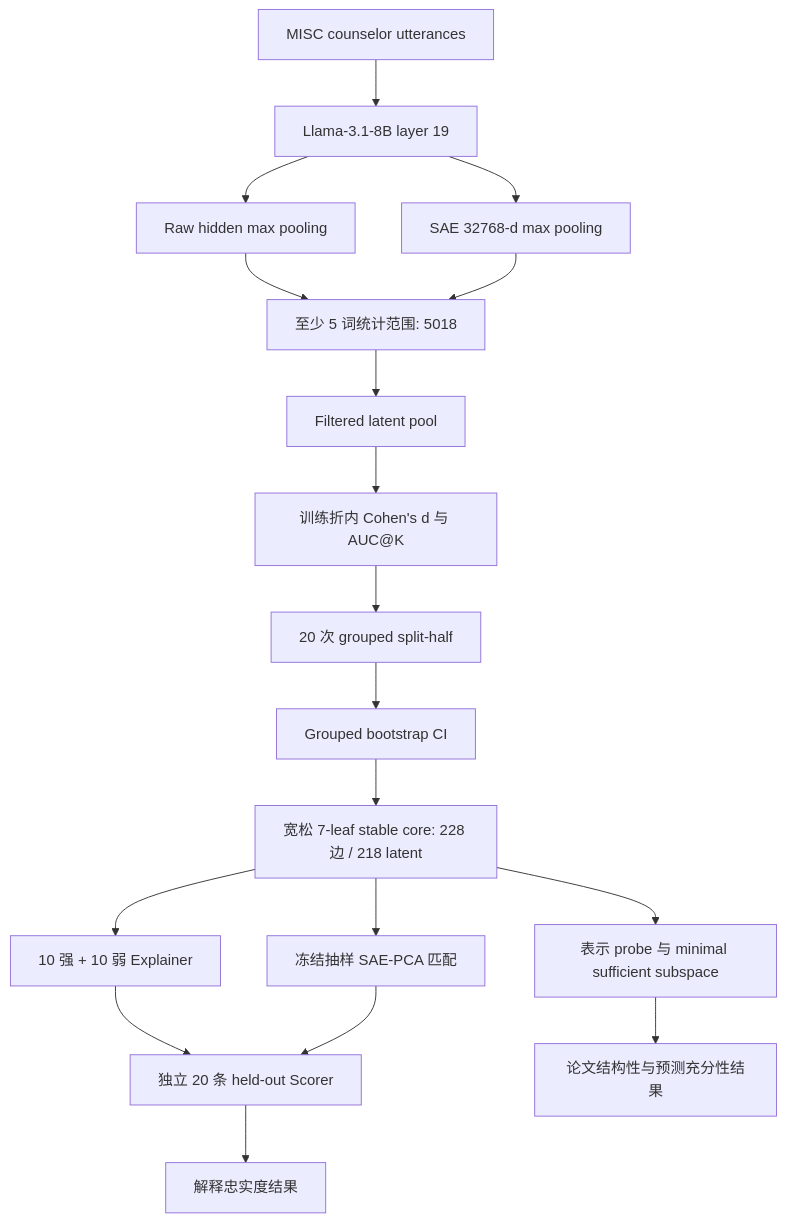
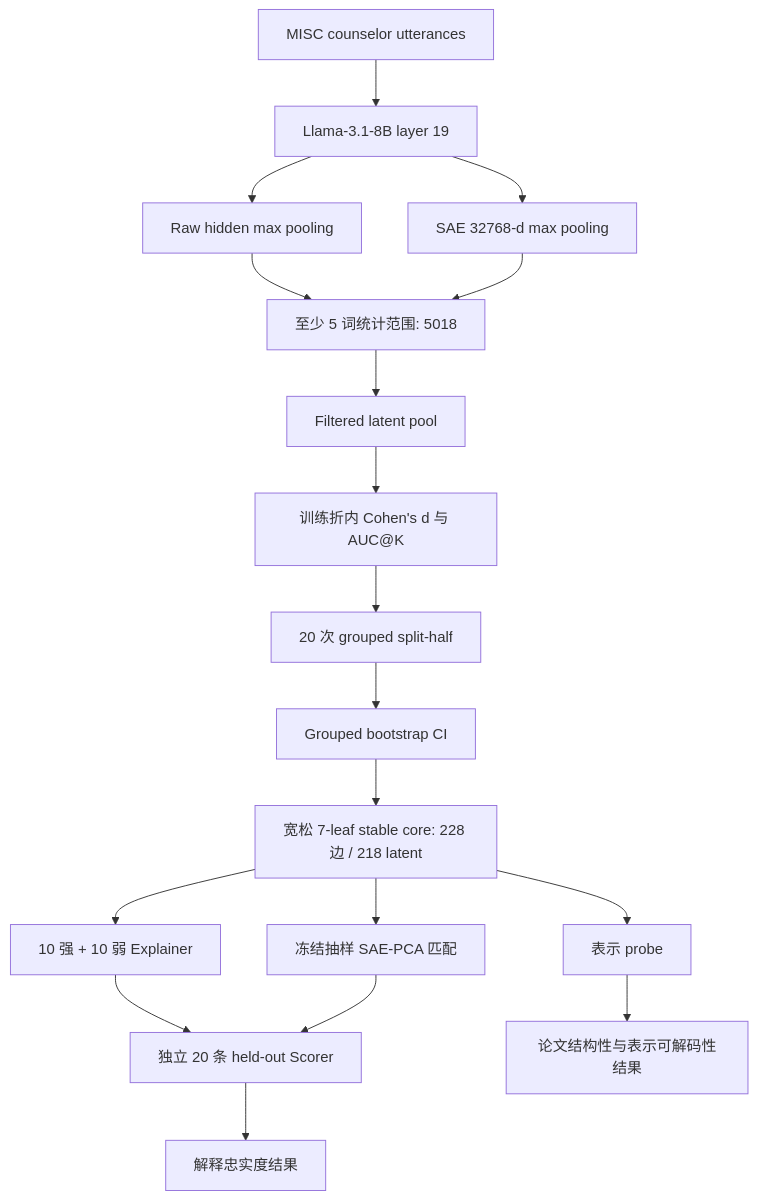
The diagram in docs/current/experiment_workflow.md (ChengYu117/yanzheng), drawn with Mermaid before and after one commit. The commit also changed other lines of this file and 154 other files, not shown here.

````diff
--- a/docs/current/experiment_workflow.md
+++ b/docs/current/experiment_workflow.md
@@ -46,20 +46,20 @@
 ```mermaid
 flowchart TD
     A["MISC counselor utterances"] --> B["Llama-3.1-8B layer 19"]
     B --> C["Raw hidden max pooling"]
     B --> D["SAE 32768-d max pooling"]
     C --> E["至少 5 词统计范围: 5018"]
     D --> E
     E --> F["Filtered latent pool"]
     F --> G["训练折内 Cohen's d 与 AUC@K"]
     G --> H["20 次 grouped split-half"]
     H --> I["Grouped bootstrap CI"]
     I --> J["宽松 7-leaf stable core: 228 边 / 218 latent"]
-    J --> K["表示 probe 与 minimal sufficient subspace"]
+    J --> K["表示 probe"]
     J --> L["10 强 + 10 弱 Explainer"]
     L --> M["独立 20 条 held-out Scorer"]
-    K --> N["论文结构性与预测充分性结果"]
+    K --> N["论文结构性与表示可解码性结果"]
     M --> O["解释忠实度结果"]
     J --> P["冻结抽样 SAE-PCA 匹配"]
     P --> M
 ```
````
